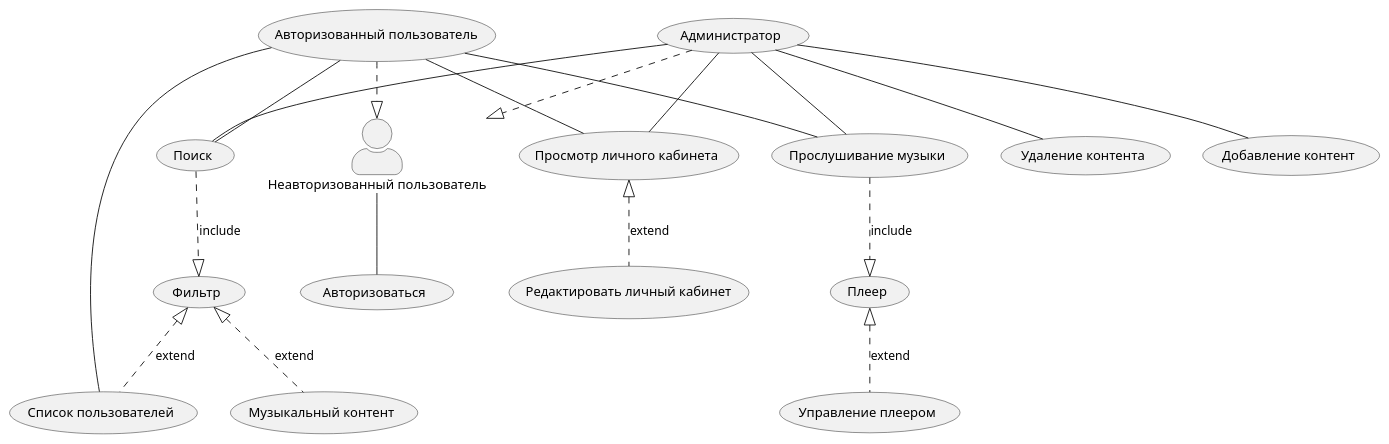
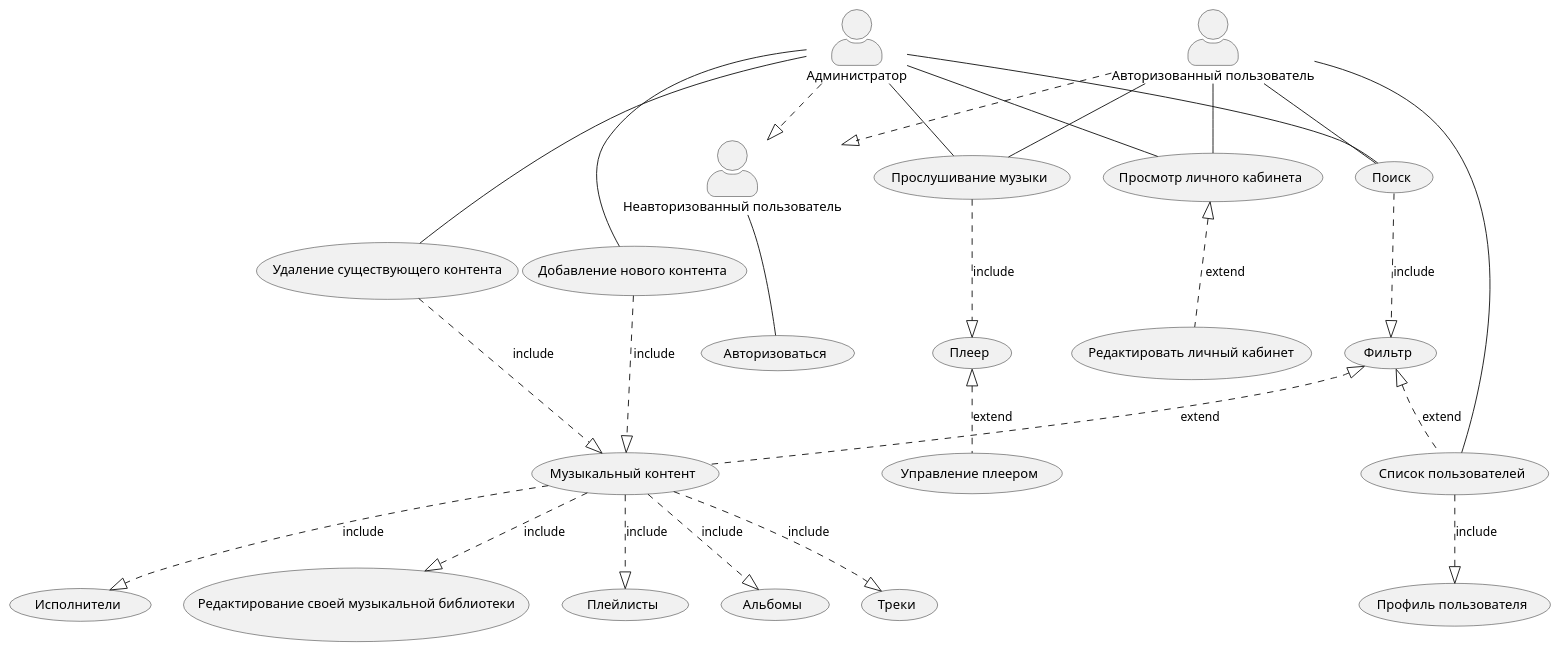
One commit to xlebec27/RGARMusic changed the diagram in docs/diagrams/UseCase.puml. Above: the diagram before and after it, drawn with PlantUML. The commit also changed 1 other file, not shown here.

```diff
--- a/docs/diagrams/UseCase.puml
+++ b/docs/diagrams/UseCase.puml
@@ -1,40 +1,51 @@
 @startuml
 skinparam actorStyle awesome
-(Администратор) as admin
-(Авторизованный пользователь) as user
+"Администратор" as Admin
+"Авторизованный пользователь" as User
 (Авторизоваться) as (authorize)
 (Просмотр личного кабинета) as (check_own_profile)
 (Редактировать личный кабинет) as (update_own_profile)
 (Поиск) as (search)
 (Прослушивание музыки) as (listen_to_music)
 (Фильтр) as (filter)
 (Музыкальный контент) as (music_content)
 (Список пользователей) as (list_users)
 (Плеер) as (music_player)
 (Управление плеером) as (music_player_management)
-(Добавление контент) as (add_content)
-(Удаление контента) as (delete_content)
+(Добавление нового контента) as (add_content)
+(Удаление существующего контента) as (delete_content)
+(Профиль пользователя) as userProfile
+(Плейлисты) as playlist
+(Альбомы) as album
+(Треки) as tracks
+(Исполнители) as artist
+(Редактирование своей музыкальной библиотеки) as editLibrary
 
+:User:--(list_users)
+:Неавторизованный пользователь: -- (authorize)
+:User:..|>:Неавторизованный пользователь:
+:Admin:..|>:Неавторизованный пользователь:
 
-:user:--(list_users)
-:Неавторизованный пользователь: -- (authorize)
-:user:..|>:Неавторизованный пользователь:
-:admin:..|>:Неавторизованный пользователь:
-
-:user: -- (check_own_profile)
-:user: -- (listen_to_music)
-:user: -- (search)
-:admin: -- (listen_to_music)
-:admin: -- (search)
-:admin: -- (check_own_profile)
-:admin: -- (add_content)
-:admin: -- (delete_content)
+:User: -- (check_own_profile)
+:User: -- (listen_to_music)
+:User: -- (search)
+:Admin: -- (listen_to_music)
+:Admin: -- (search)
+:Admin: -- (check_own_profile)
+:Admin: -- (add_content)
+:Admin: -- (delete_content)
 (search)..|>(filter):include
 (filter)<|..(music_content):extend
 (filter)<|..(list_users):extend
 (listen_to_music)..|>(music_player):include
 (music_player)<|..(music_player_management):extend
 (check_own_profile)<|..(update_own_profile):extend
-
-
+(music_content)..|>(playlist):include
+(music_content)..|>(album):include
+(music_content)..|>(tracks):include
+(music_content)..|>(artist):include
+(music_content)..|>(editLibrary):include
+(delete_content)..|>(music_content):include
+(add_content)..|>(music_content):include
+(list_users)..|>(userProfile):include
 @enduml
```
